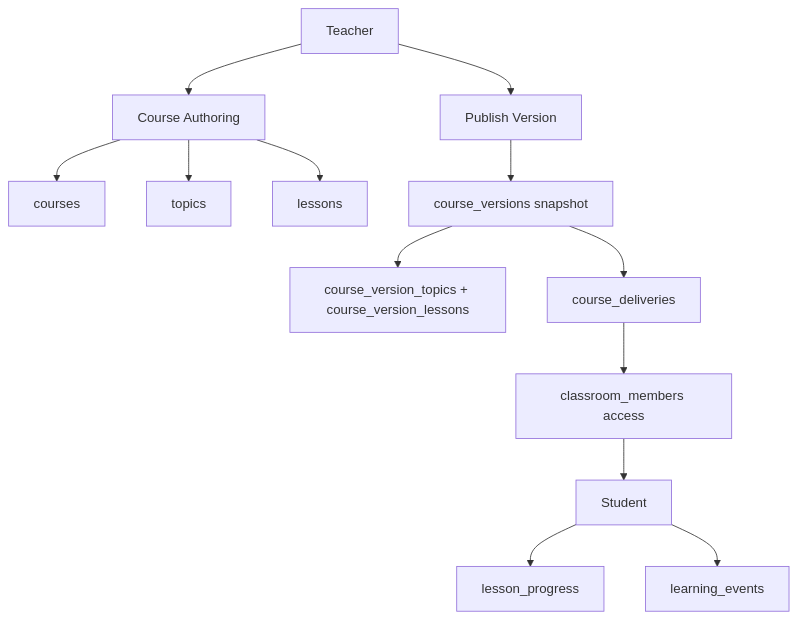
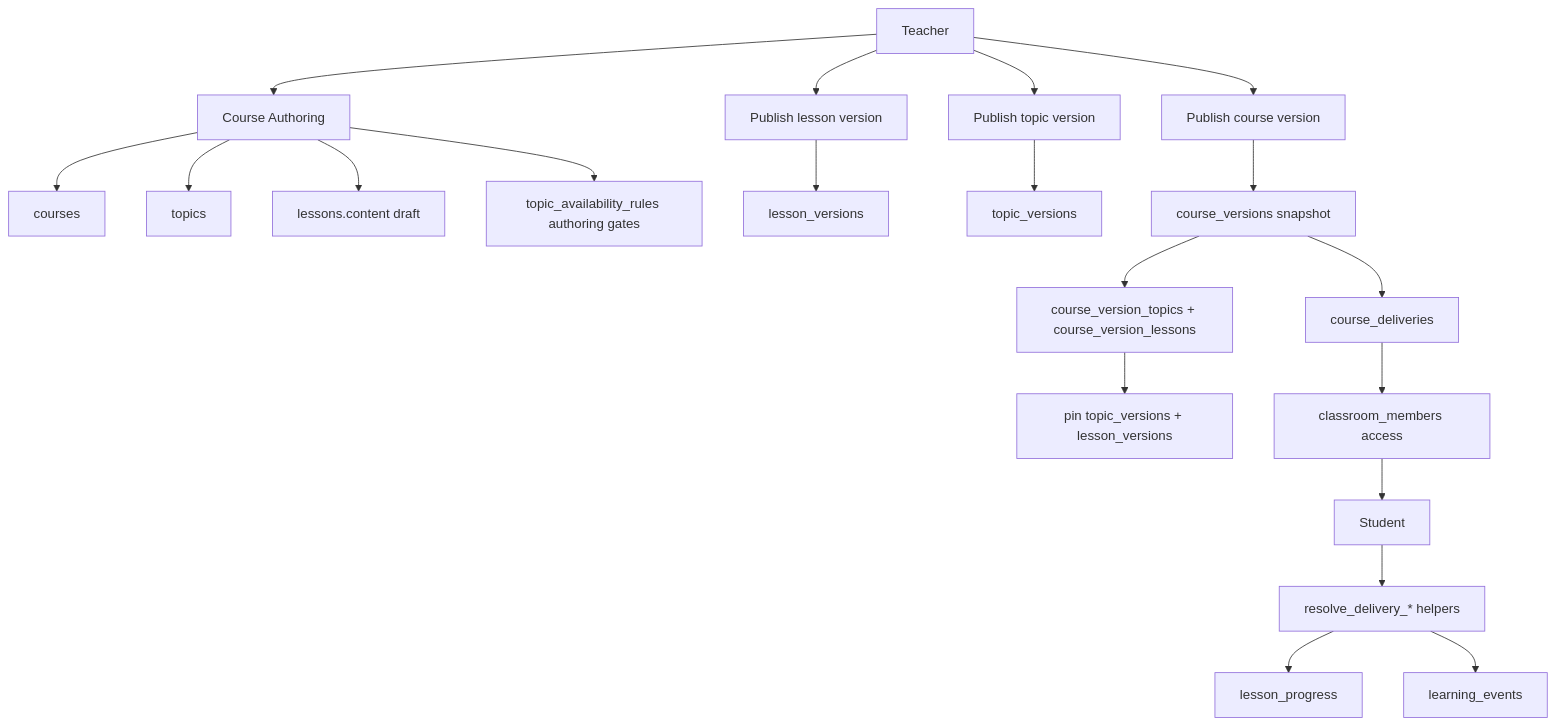
Before and after one commit to wq-org/wq-app: the diagram in docs/domain/07_course.md, drawn with Mermaid. The commit also changed other lines of this file and 19 other files, not shown here.

````diff
--- a/docs/domain/07_course.md
+++ b/docs/domain/07_course.md
@@ -13,20 +19,28 @@
 ```mermaid
 flowchart TD
   T[Teacher]
   T --> CA[Course Authoring]
   CA --> C[courses]
   CA --> TP[topics]
-  CA --> L[lessons]
+  CA --> L[lessons.content draft]
+  CA --> TAR[topic_availability_rules authoring gates]
 
-  T --> CV[Publish Version]
+  T --> LV[Publish lesson version]
+  LV --> LVS[lesson_versions]
+  T --> TV[Publish topic version]
+  TV --> TVS[topic_versions]
+
+  T --> CV[Publish course version]
   CV --> CVS[course_versions snapshot]
   CVS --> CVTL[course_version_topics + course_version_lessons]
+  CVTL --> PIN[pin topic_versions + lesson_versions]
 
   CVS --> CD[course_deliveries]
   CD --> CM[classroom_members access]
 
   S[Student]
   CM --> S
-  S --> LP[lesson_progress]
-  S --> LE[learning_events]
+  S --> RES[resolve_delivery_* helpers]
+  RES --> LP[lesson_progress]
+  RES --> LE[learning_events]
 ```
````
